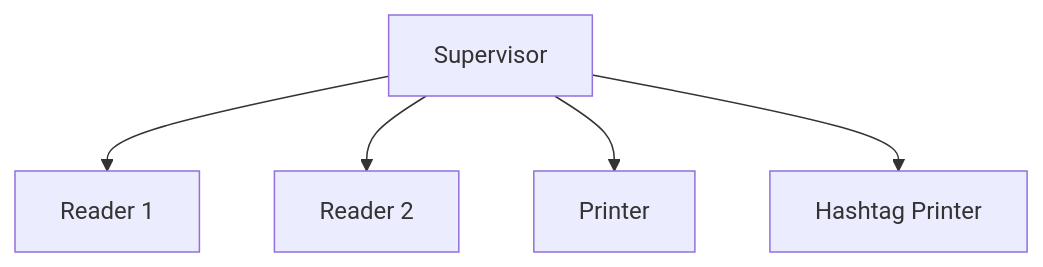
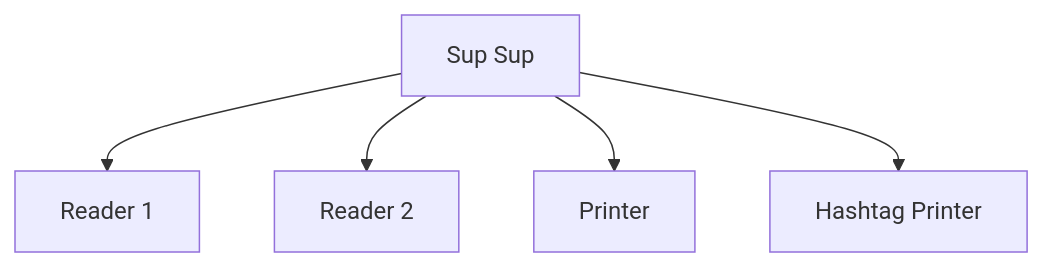
Before and after one commit to catness812/PTR-lab1: the second of 6 diagrams in README.md, drawn with Mermaid. The commit also changed other lines of this file and 6 other files, not shown here.

````diff
--- a/README.md
+++ b/README.md
@@ -27,7 +26,7 @@
 ```mermaid
 graph TD 
-    A[Supervisor] --> B[Reader 1];
-    A[Supervisor] --> C[Reader 2];
-    A[Supervisor] --> D[Printer];
-    A[Supervisor] --> E[Hashtag Printer];
+    A[Sup Sup] --> B[Reader 1];
+    A[Sup Sup] --> C[Reader 2];
+    A[Sup Sup] --> D[Printer];
+    A[Sup Sup] --> E[Hashtag Printer];
 ```
````
